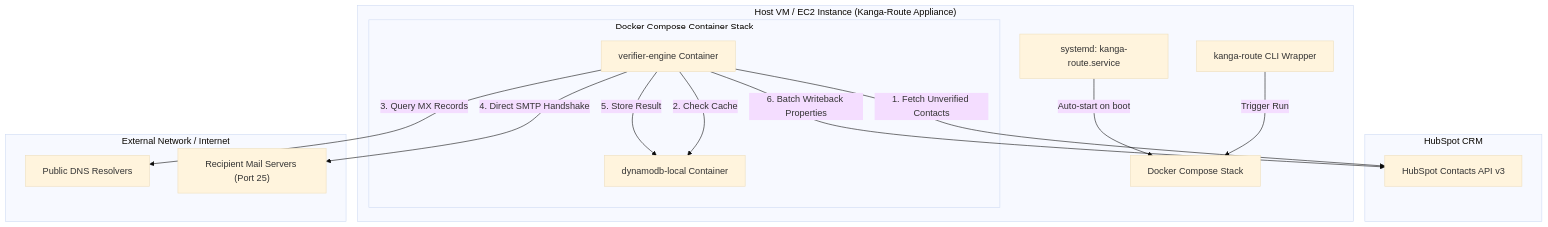
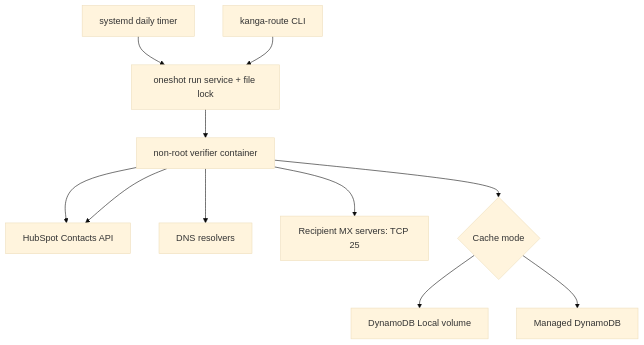
The diagram in docs/architecture.md (kanga-route/kanga-route), drawn with Mermaid (base theme) before and after one commit. The commit also changed other lines of this file and 38 other files, not shown here.

````diff
--- a/docs/architecture.md
+++ b/docs/architecture.md
@@ -9,28 +6,13 @@
 ```mermaid
-graph TD
-    subgraph HubSpot["HubSpot CRM"]
-        HS["HubSpot Contacts API v3"]
-    end
-
-    subgraph HostVM["Host VM / EC2 Instance (Kanga-Route Appliance)"]
-        CLI["kanga-route CLI Wrapper"] -->|Trigger Run| Compose["Docker Compose Stack"]
-        Systemd["systemd: kanga-route.service"] -->|Auto-start on boot| Compose
-
-        subgraph DockerStack["Docker Compose Container Stack"]
-            Engine["verifier-engine Container"]
-            CacheDB["dynamodb-local Container"]
-        end
-    end
-
-    subgraph External["External Network / Internet"]
-        DNS["Public DNS Resolvers"]
-        MX["Recipient Mail Servers (Port 25)"]
-    end
-
-    Engine -->|1. Fetch Unverified Contacts| HS
-    Engine -->|2. Check Cache| CacheDB
-    Engine -->|3. Query MX Records| DNS
-    Engine -->|4. Direct SMTP Handshake| MX
-    Engine -->|5. Store Result| CacheDB
-    Engine -->|6. Batch Writeback Properties| HS
+flowchart TD
+    Timer["systemd daily timer"] --> Run["oneshot run service + file lock"]
+    CLI["kanga-route CLI"] --> Run
+    Run --> Engine["non-root verifier container"]
+    Engine --> HubSpot["HubSpot Contacts API"]
+    Engine --> DNS["DNS resolvers"]
+    Engine --> MX["Recipient MX servers: TCP 25"]
+    Engine --> Cache{"Cache mode"}
+    Cache --> Local["DynamoDB Local volume"]
+    Cache --> Cloud["Managed DynamoDB"]
+    Engine --> HubSpot
 ```
````
